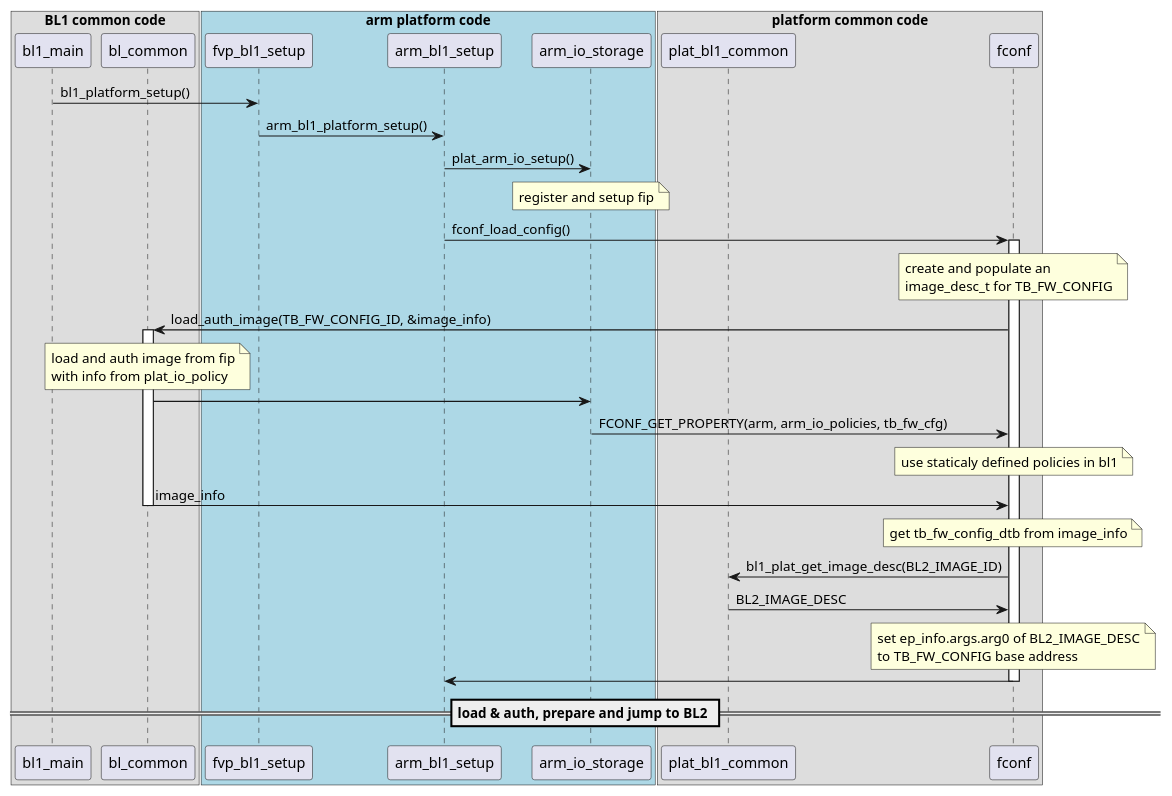
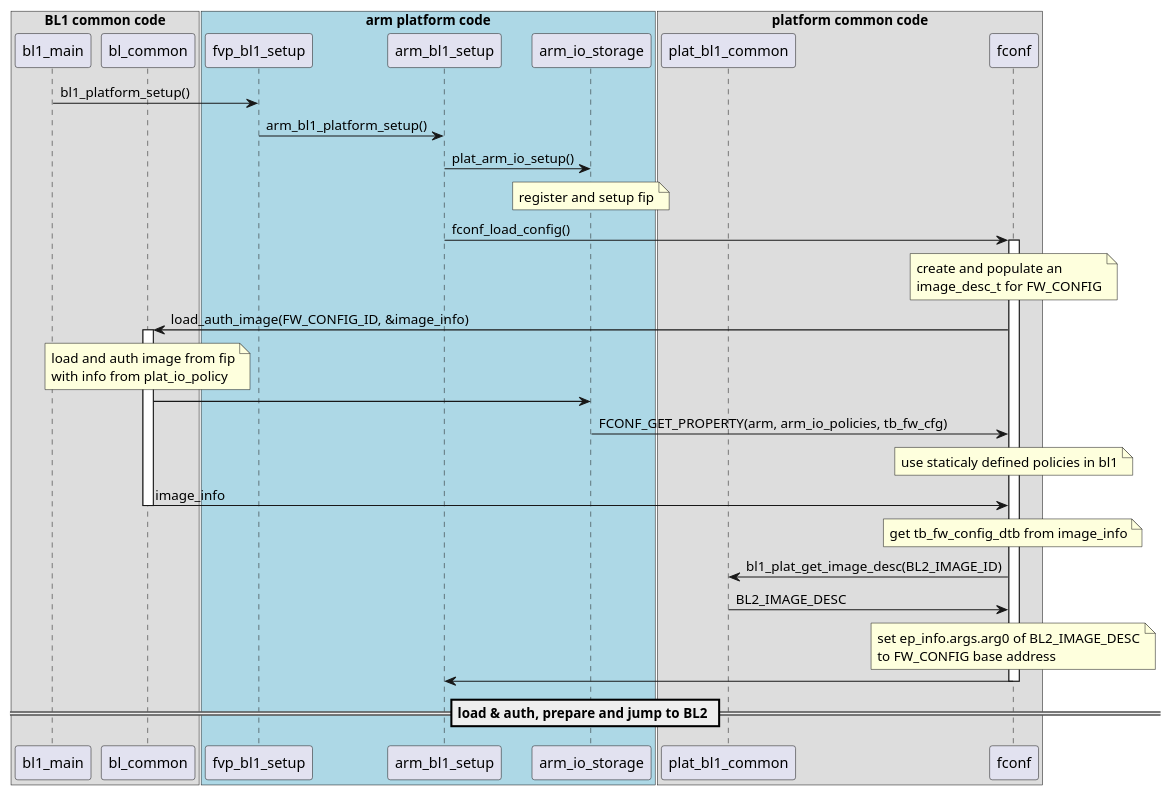
Before and after one commit to renesas-rz/rzg_trusted-firmware-a: the diagram in docs/resources/diagrams/plantuml/fconf_bl1_load_config.puml, drawn with PlantUML. The commit also changed 1 other file, not shown here.

Commit message:
doc: Update fconf uml diagrams
Update the plantuml diagrams to match the latest modification in fconf.

```diff
--- a/docs/resources/diagrams/plantuml/fconf_bl1_load_config.puml
+++ b/docs/resources/diagrams/plantuml/fconf_bl1_load_config.puml
@@ -1,52 +1,52 @@
 @startuml
 
 box "BL1 common code"
 	participant bl1_main
 	participant bl_common
 end box
 
 box "arm platform code" #LightBlue
 	participant fvp_bl1_setup
 	participant arm_bl1_setup
 	participant arm_io_storage
 end box
 
 box "platform common code"
 	participant plat_bl1_common
 	participant fconf
 end box
 
 bl1_main -> fvp_bl1_setup : bl1_platform_setup()
 fvp_bl1_setup -> arm_bl1_setup : arm_bl1_platform_setup()
 arm_bl1_setup -> arm_io_storage : plat_arm_io_setup()
 note over arm_io_storage : register and setup fip
 arm_bl1_setup -> fconf : fconf_load_config()
 activate fconf
 	note over fconf
 		create and populate an
-		image_desc_t for TB_FW_CONFIG
+		image_desc_t for FW_CONFIG
 	end note
-	fconf -> bl_common : load_auth_image(TB_FW_CONFIG_ID, &image_info)
+	fconf -> bl_common : load_auth_image(FW_CONFIG_ID, &image_info)
 	activate bl_common
 	note over bl_common
 		load and auth image from fip
 		with info from plat_io_policy
 	end note
 	bl_common -> arm_io_storage
 	arm_io_storage -> fconf: FCONF_GET_PROPERTY(arm, arm_io_policies, tb_fw_cfg)
 	note over fconf: use staticaly defined policies in bl1
 	fconf <- bl_common : image_info
 	deactivate bl_common
 	note over fconf : get tb_fw_config_dtb from image_info
 	fconf -> plat_bl1_common : bl1_plat_get_image_desc(BL2_IMAGE_ID)
 	fconf <- plat_bl1_common : BL2_IMAGE_DESC
 	note over fconf
 		set ep_info.args.arg0 of BL2_IMAGE_DESC
-		to TB_FW_CONFIG base address
+		to FW_CONFIG base address
 	end note
 arm_bl1_setup <- fconf
 deactivate fconf
 
 == load & auth, prepare and jump to BL2 ==
 
 @enduml
```
